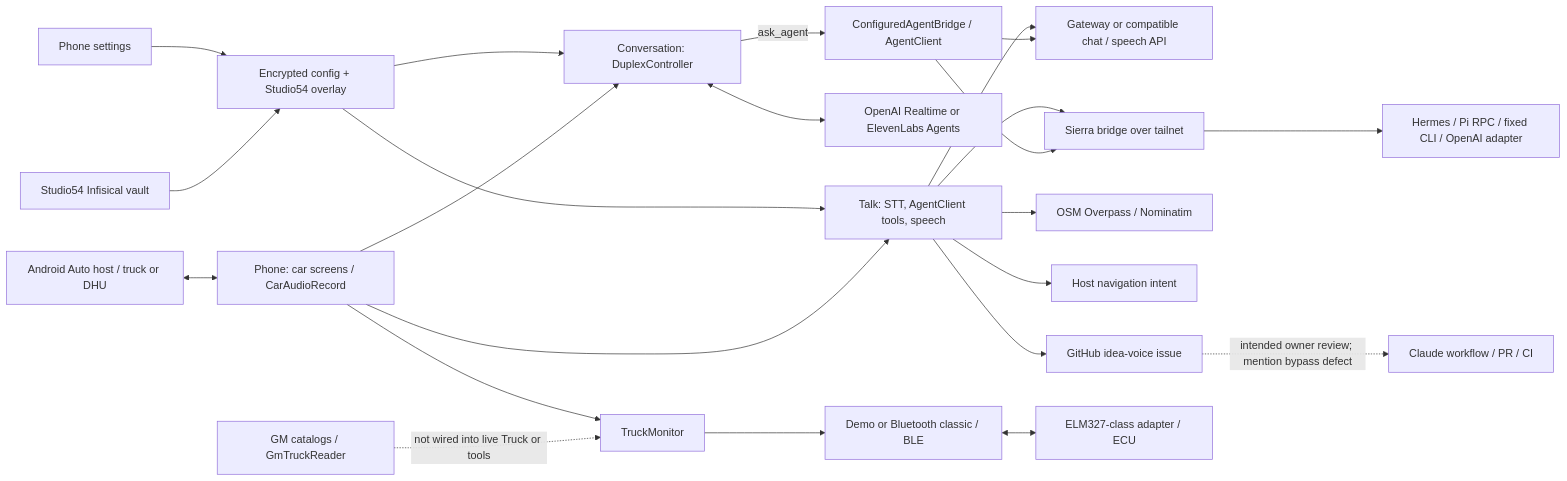
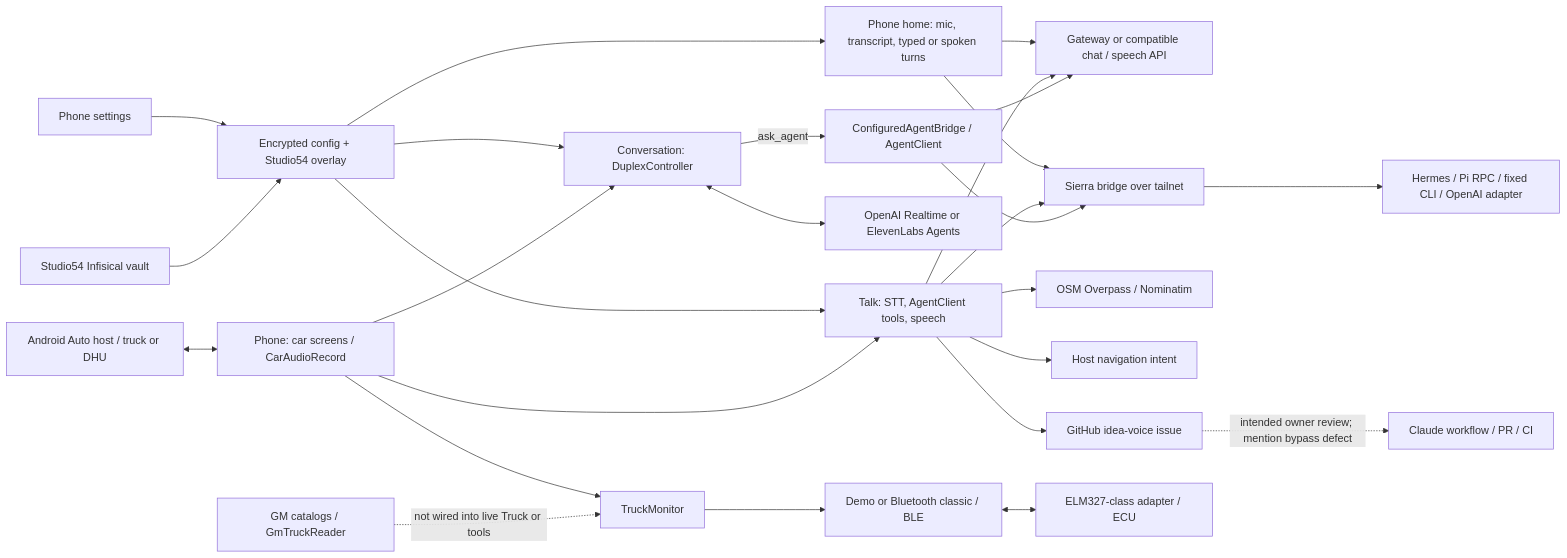
One commit to mdc159/sierra-auto changed the diagram in docs/ARCHITECTURE.md. Above: the diagram before and after it, drawn with Mermaid. The commit also changed other lines of this file and 12 other files, not shown here.

````diff
--- a/docs/ARCHITECTURE.md
+++ b/docs/ARCHITECTURE.md
@@ -7,25 +9,28 @@
 ```mermaid
 flowchart LR
     Host[Android Auto host / truck or DHU] <--> Car[Phone: car screens / CarAudioRecord]
     Settings[Phone settings] --> Config[Encrypted config + Studio54 overlay]
     Vault[Studio54 Infisical vault] --> Config
     Config --> Talk[Talk: STT, AgentClient tools, speech]
+    Config --> Phone[Phone home: mic, transcript, typed or spoken turns]
+    Phone --> Gateway
+    Phone --> Bridge
     Config --> Duplex[Conversation: DuplexController]
     Car --> Talk
     Car --> Duplex
     Talk --> Gateway[Gateway or compatible chat / speech API]
     Talk --> Bridge[Sierra bridge over tailnet]
     Duplex <--> Voice[OpenAI Realtime or ElevenLabs Agents]
     Duplex -->|ask_agent| Chat[ConfiguredAgentBridge / AgentClient]
     Chat --> Gateway
     Chat --> Bridge
     Bridge --> Backends[Hermes / Pi RPC / fixed CLI / OpenAI adapter]
     Talk --> Places[OSM Overpass / Nominatim]
     Talk --> Nav[Host navigation intent]
     Talk --> Ideas[GitHub idea-voice issue]
     Ideas -. intended owner review; mention bypass defect .-> Workflow[Claude workflow / PR / CI]
     Car --> Monitor[TruckMonitor]
     Monitor --> Transport[Demo or Bluetooth classic / BLE]
     Transport <--> ECU[ELM327-class adapter / ECU]
     GM[GM catalogs / GmTruckReader] -. not wired into live Truck or tools .-> Monitor
 ```
````
